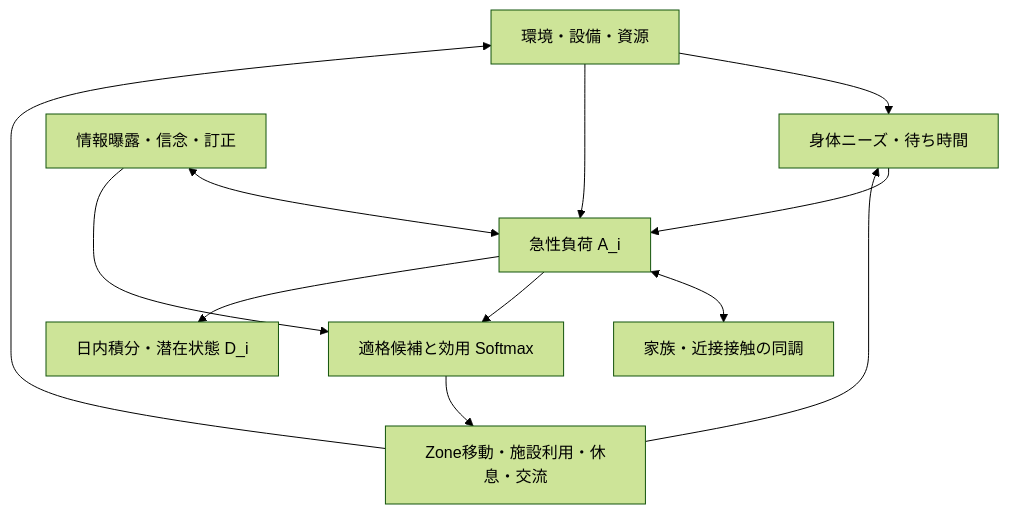
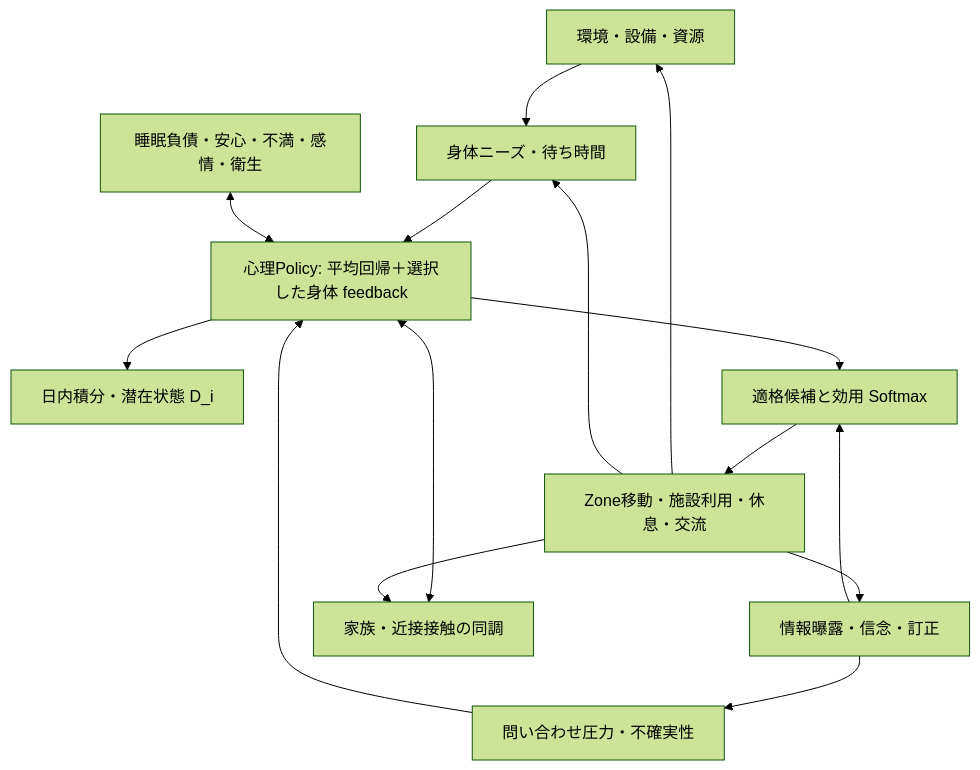
Before and after one commit to jphacks/tkb_2615: the diagram in docs/mathematical-models/07-model-integration.md, drawn with Mermaid (forest theme). The commit also changed other lines of this file and 9 other files, not shown here.

````diff
--- a/docs/mathematical-models/07-model-integration.md
+++ b/docs/mathematical-models/07-model-integration.md
@@ -5,14 +5,17 @@
 ```mermaid
 flowchart TD
   ENV[環境・設備・資源] --> NEED[身体ニーズ・待ち時間]
-  NEED --> ACUTE[急性負荷 A_i]
-  ENV --> ACUTE
-  ACUTE <--> SOCIAL[家族・近接接触の同調]
-  INFO[情報曝露・信念・訂正] <--> ACUTE
+  NEED --> PSY[心理Policy: 平均回帰＋選択した身体 feedback]
+  INFO[情報曝露・信念・訂正] --> UNC[問い合わせ圧力・不確実性]
+  UNC --> PSY
+  BODY[睡眠負債・安心・不満・感情・衛生] <--> PSY
+  PSY <--> SOCIAL[家族・近接接触の同調]
+  PSY --> DAILY[日内積分・潜在状態 D_i]
   INFO --> CHOICE[適格候補と効用 Softmax]
-  ACUTE --> CHOICE
+  PSY --> CHOICE
   CHOICE --> MOVE[Zone移動・施設利用・休息・交流]
   MOVE --> ENV
   MOVE --> NEED
-  ACUTE --> DAILY[日内積分・潜在状態 D_i]
+  MOVE --> SOCIAL
+  MOVE --> INFO
 ```
````
